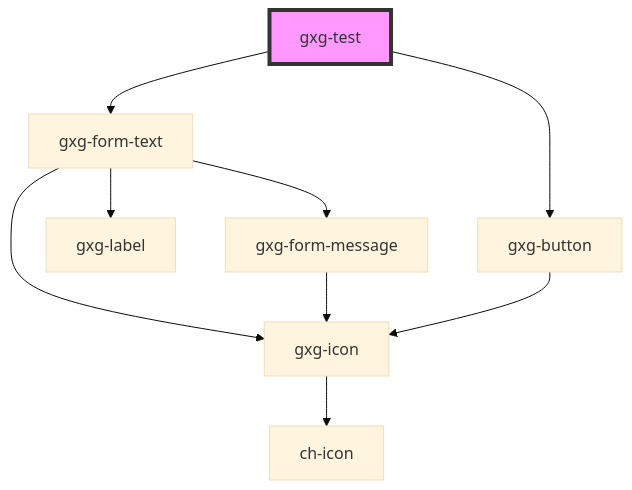
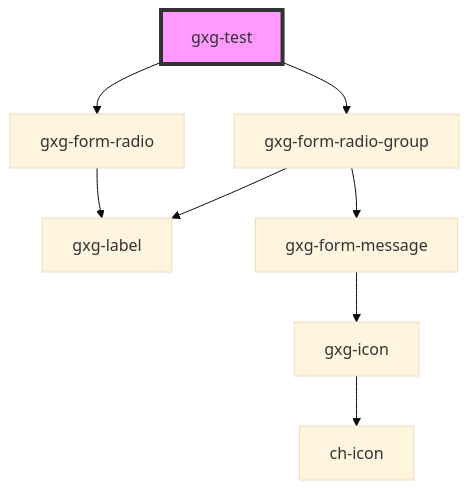
Before and after one commit to genexuslabs/gemini: the diagram in src/components/test/readme.md, drawn with Mermaid (base theme). The commit also changed other lines of this file and 13 other files, not shown here.

````diff
--- a/src/components/test/readme.md
+++ b/src/components/test/readme.md
@@ -30,12 +30,11 @@
 ```mermaid
 graph TD;
-  gxg-test --> gxg-form-text
-  gxg-test --> gxg-button
-  gxg-form-text --> gxg-icon
-  gxg-form-text --> gxg-label
-  gxg-form-text --> gxg-form-message
+  gxg-test --> gxg-form-radio-group
+  gxg-test --> gxg-form-radio
+  gxg-form-radio-group --> gxg-label
+  gxg-form-radio-group --> gxg-form-message
+  gxg-form-message --> gxg-icon
   gxg-icon --> ch-icon
-  gxg-form-message --> gxg-icon
-  gxg-button --> gxg-icon
+  gxg-form-radio --> gxg-label
   style gxg-test fill:#f9f,stroke:#333,stroke-width:4px
 ```
````
